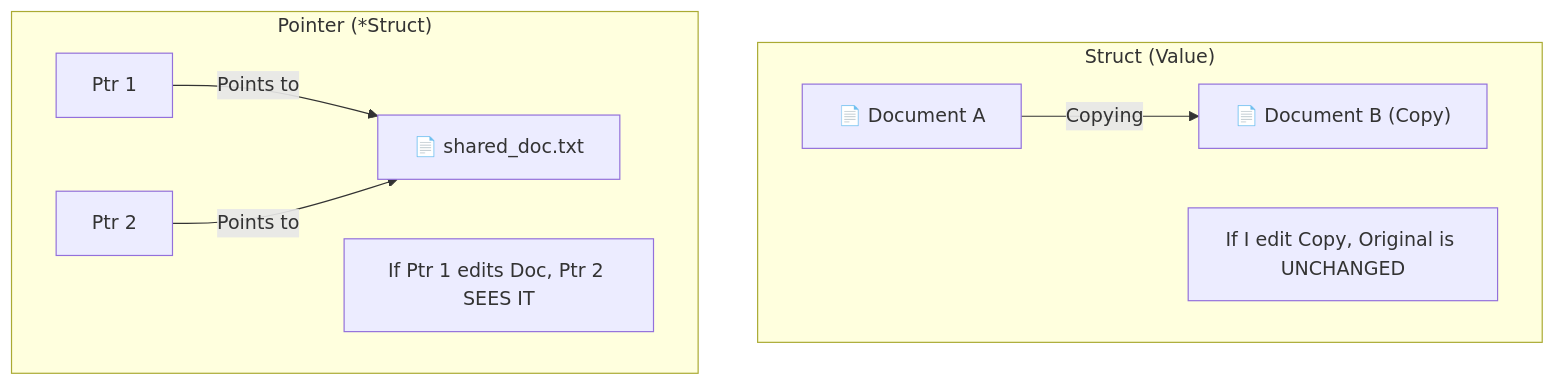
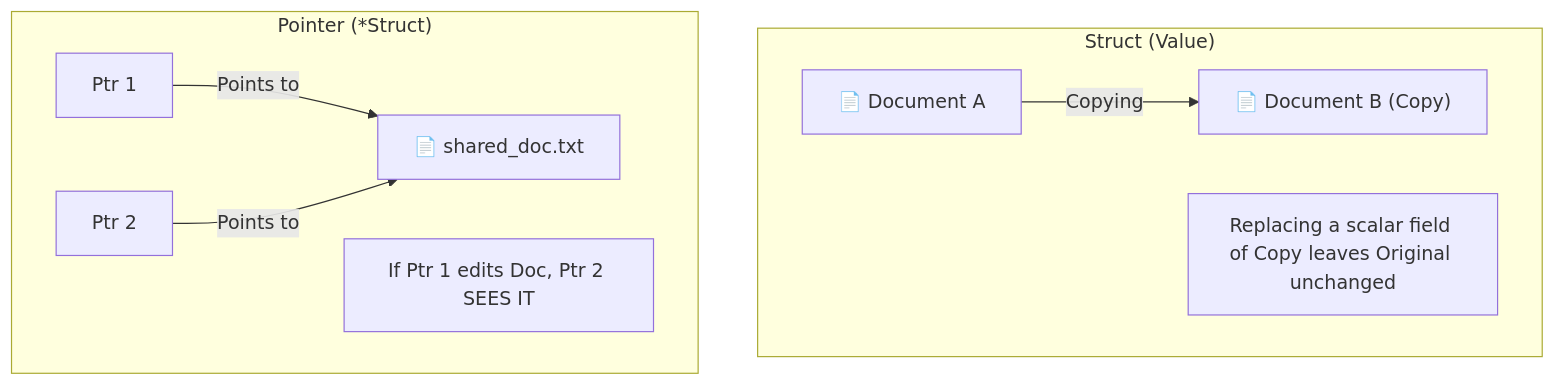
The diagram in docs/middle/03-models.md (dake-edu/gopher-shop), drawn with Mermaid before and after one commit. The commit also changed other lines of this file and 85 other files, not shown here.

````diff
--- a/docs/middle/03-models.md
+++ b/docs/middle/03-models.md
@@ -33,18 +33,18 @@
 ```mermaid
 graph TD
     subgraph Value_Type ["Struct (Value)"]
         Original["📄 Document A"]
         Copy["📄 Document B (Copy)"]
         Original -- "Copying" --> Copy
-        Note["If I edit Copy, Original is UNCHANGED"]
+        Note["Replacing a scalar field of Copy leaves Original unchanged"]
     end
 
     subgraph Pointer_Type ["Pointer (*Struct)"]
         Shared["📄 shared_doc.txt"]
         Ref1["Ptr 1"]
         Ref2["Ptr 2"]
         Ref1 -- "Points to" --> Shared
         Ref2 -- "Points to" --> Shared
         Note2["If Ptr 1 edits Doc, Ptr 2 SEES IT"]
     end
 ```
````
